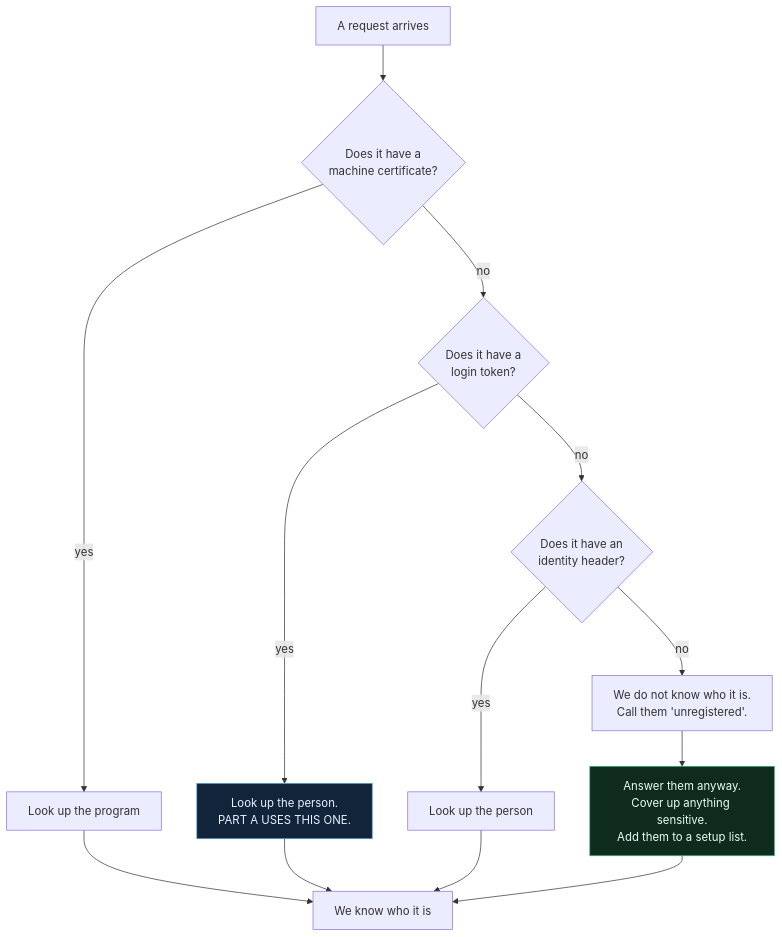
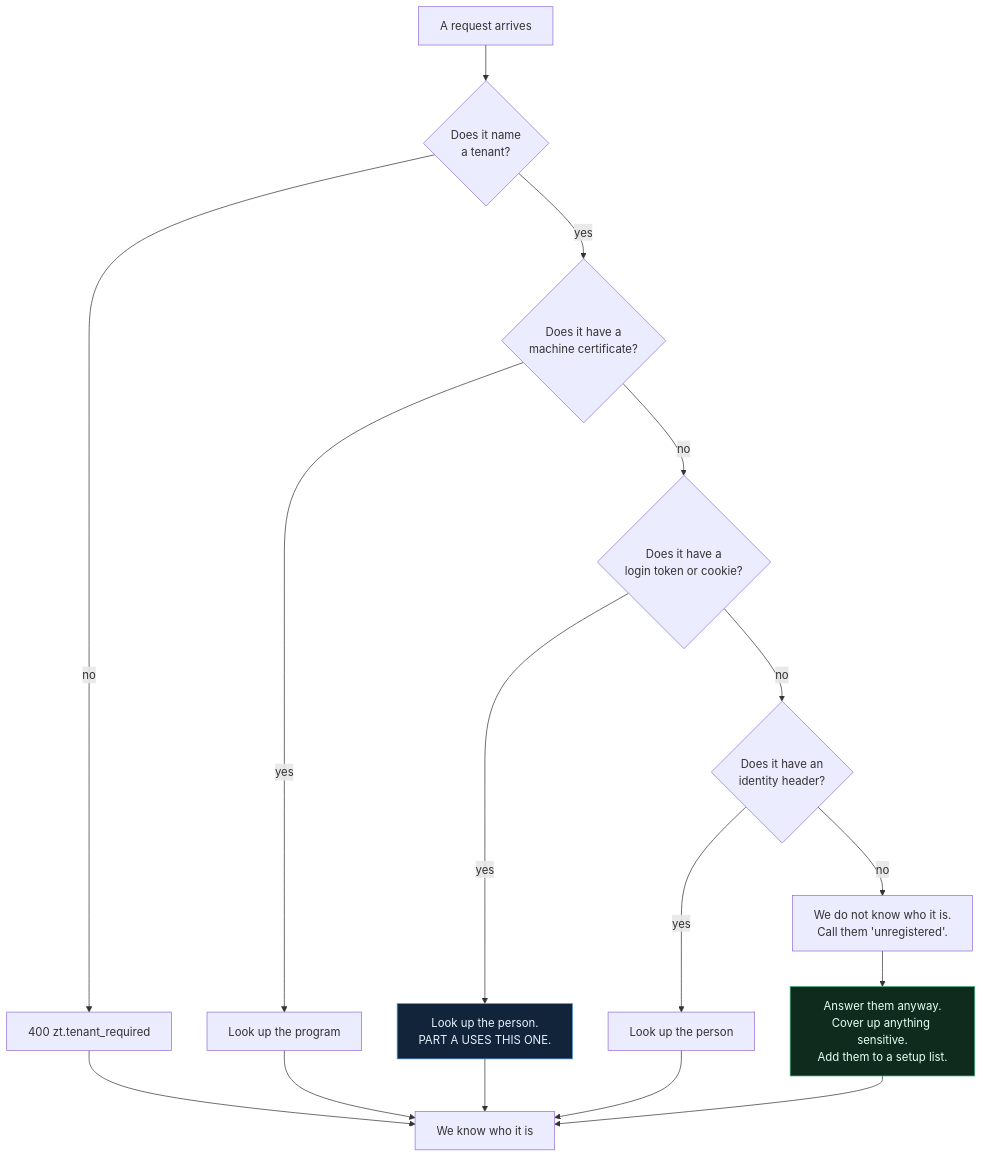
The fourth of 8 diagrams in docs/07_PART_A_TECH_STACK.md (Parth-P-Parekh/Zero-Trace-), drawn with Mermaid before and after one commit. The commit also changed other lines of this file and 61 other files, not shown here.

````diff
--- a/docs/07_PART_A_TECH_STACK.md
+++ b/docs/07_PART_A_TECH_STACK.md
@@ -132,15 +135,17 @@
 ```mermaid
 flowchart TD
-  R["A request arrives"] --> T1{"Does it have a<br/>machine certificate?"}
+  R["A request arrives"] --> T0{"Does it name<br/>a tenant?"}
+  T0 -->|no| E0["400 zt.tenant_required"] --> DONE
+  T0 -->|yes| T1{"Does it have a<br/>machine certificate?"}
   T1 -->|yes| F1["Look up the program"] --> DONE["We know who it is"]
-  T1 -->|no| T2{"Does it have a<br/>login token?"}
+  T1 -->|no| T2{"Does it have a<br/>login token or cookie?"}
   T2 -->|yes| F2["Look up the person.<br/>PART A USES THIS ONE."] --> DONE
   T2 -->|no| T3{"Does it have an<br/>identity header?"}
   T3 -->|yes| F3["Look up the person"] --> DONE
   T3 -->|no| F4["We do not know who it is.<br/>Call them 'unregistered'."]
   F4 --> SERVE["Answer them anyway.<br/>Cover up anything sensitive.<br/>Add them to a setup list."]
   SERVE --> DONE
 
   style F2 fill:#12243a,stroke:#5aa0e0,color:#e8f2ff
   style SERVE fill:#0f2b1e,stroke:#3fb27f,color:#e6fff4
 ```
````
